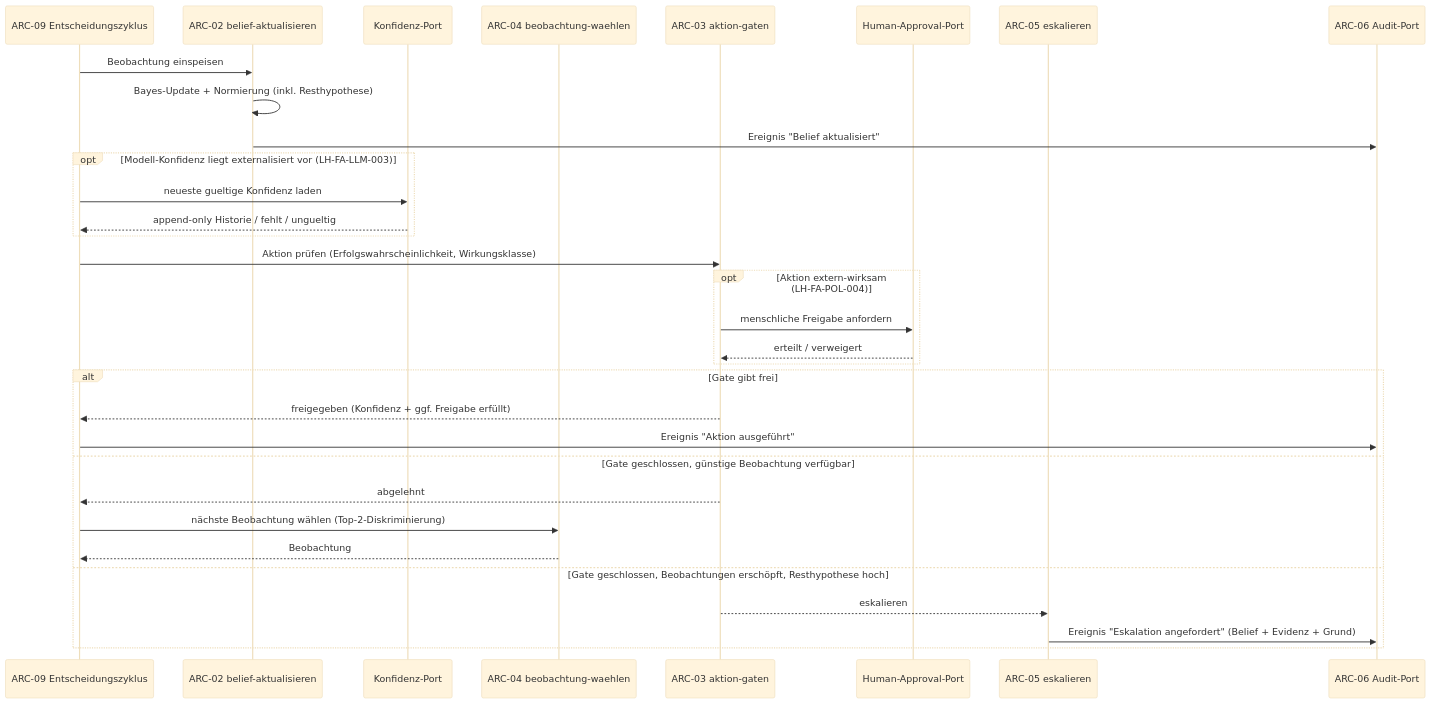
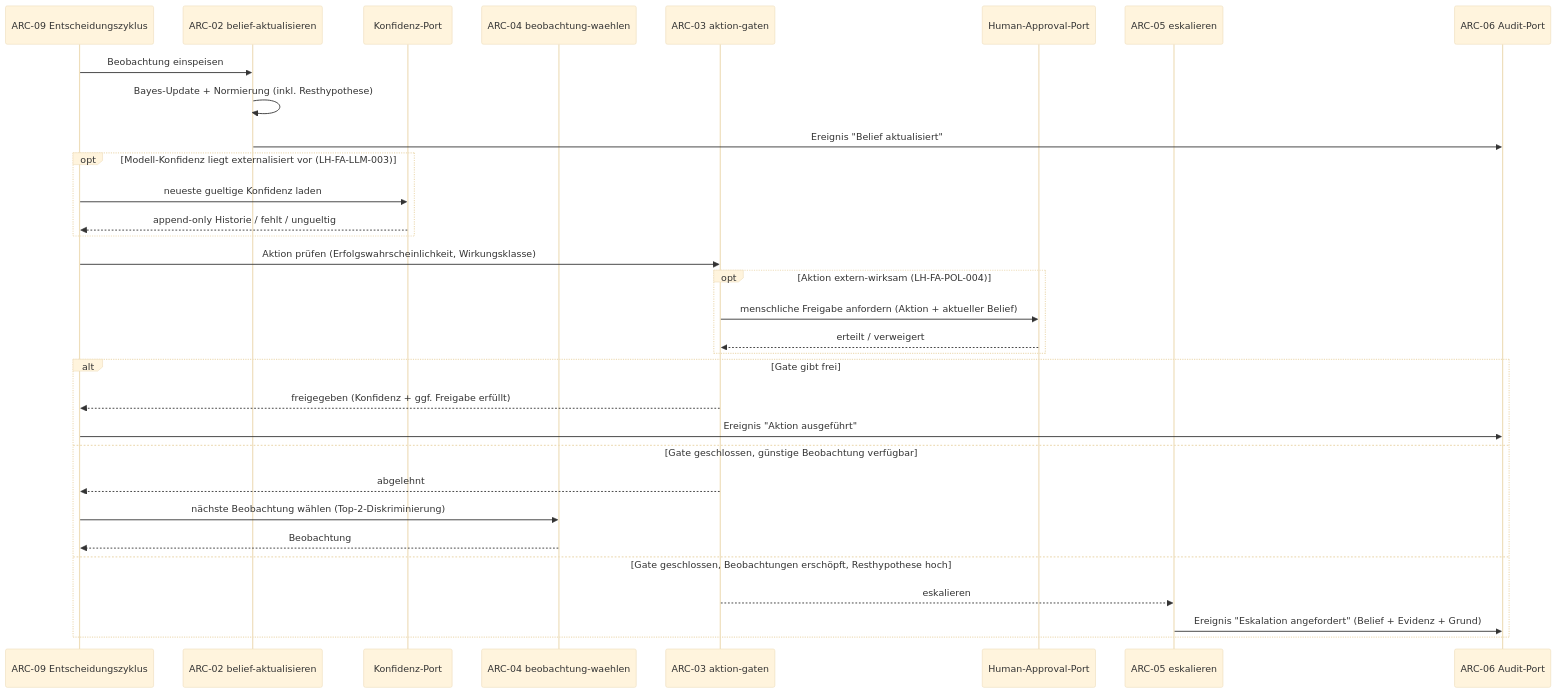
The second of 2 diagrams in spec/architecture.md (pt9912/belief-agent), drawn with Mermaid (base theme) before and after one commit. The commit also changed other lines of this file and 14 other files, not shown here.

````diff
--- a/spec/architecture.md
+++ b/spec/architecture.md
@@ -148,35 +149,35 @@
 ```mermaid
 sequenceDiagram
     participant Runtime as ARC-09 Entscheidungszyklus
     participant Engine as ARC-02 belief-aktualisieren
     participant Conf as Konfidenz-Port
     participant VoI as ARC-04 beobachtung-waehlen
     participant Gate as ARC-03 aktion-gaten
     participant Appr as Human-Approval-Port
     participant Esk as ARC-05 eskalieren
     participant Audit as ARC-06 Audit-Port
 
     Runtime->>Engine: Beobachtung einspeisen
     Engine->>Engine: Bayes-Update + Normierung (inkl. Resthypothese)
     Engine->>Audit: Ereignis "Belief aktualisiert"
     opt Modell-Konfidenz liegt externalisiert vor (LH-FA-LLM-003)
         Runtime->>Conf: neueste gueltige Konfidenz laden
         Conf-->>Runtime: append-only Historie / fehlt / ungueltig
     end
     Runtime->>Gate: Aktion prüfen (Erfolgswahrscheinlichkeit, Wirkungsklasse)
     opt Aktion extern-wirksam (LH-FA-POL-004)
-        Gate->>Appr: menschliche Freigabe anfordern
+        Gate->>Appr: menschliche Freigabe anfordern (Aktion + aktueller Belief)
         Appr-->>Gate: erteilt / verweigert
     end
     alt Gate gibt frei
         Gate-->>Runtime: freigegeben (Konfidenz + ggf. Freigabe erfüllt)
         Runtime->>Audit: Ereignis "Aktion ausgeführt"
     else Gate geschlossen, günstige Beobachtung verfügbar
         Gate-->>Runtime: abgelehnt
         Runtime->>VoI: nächste Beobachtung wählen (Top-2-Diskriminierung)
         VoI-->>Runtime: Beobachtung
     else Gate geschlossen, Beobachtungen erschöpft, Resthypothese hoch
         Gate-->>Esk: eskalieren
         Esk->>Audit: Ereignis "Eskalation angefordert" (Belief + Evidenz + Grund)
     end
 ```
````
